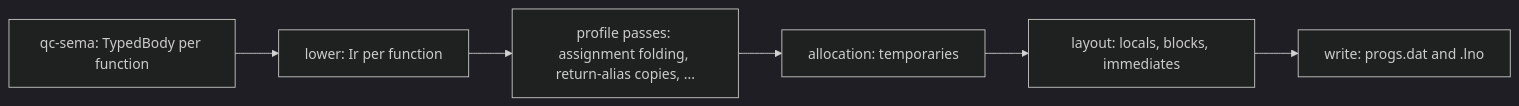
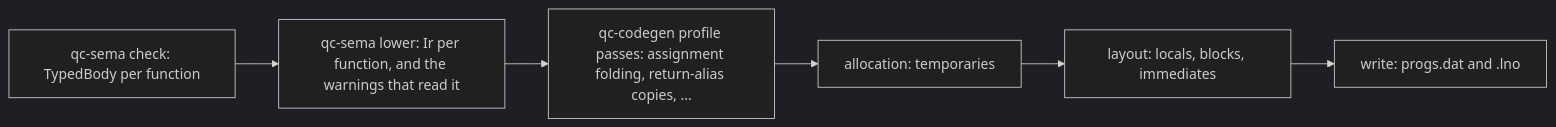
One commit to quakecstudio/editor changed the diagram in docs/design/back-end.md. Above: the diagram before and after it, drawn with Mermaid (dark theme). The commit also changed other lines of this file and 18 other files, not shown here.

````diff
--- a/docs/design/back-end.md
+++ b/docs/design/back-end.md
@@ -50,8 +50,8 @@
 ```mermaid
 flowchart LR
-  T[qc-sema: TypedBody per function] --> L[lower: Ir per function]
-  L --> P1[profile passes: assignment folding, return-alias copies, ...]
+  T[qc-sema check: TypedBody per function] --> L[qc-sema lower: Ir per function, and the warnings that read it]
+  L --> P1[qc-codegen profile passes: assignment folding, return-alias copies, ...]
   P1 --> A[allocation: temporaries]
   A --> Y[layout: locals, blocks, immediates]
   Y --> W[write: progs.dat and .lno]
 ```
````
